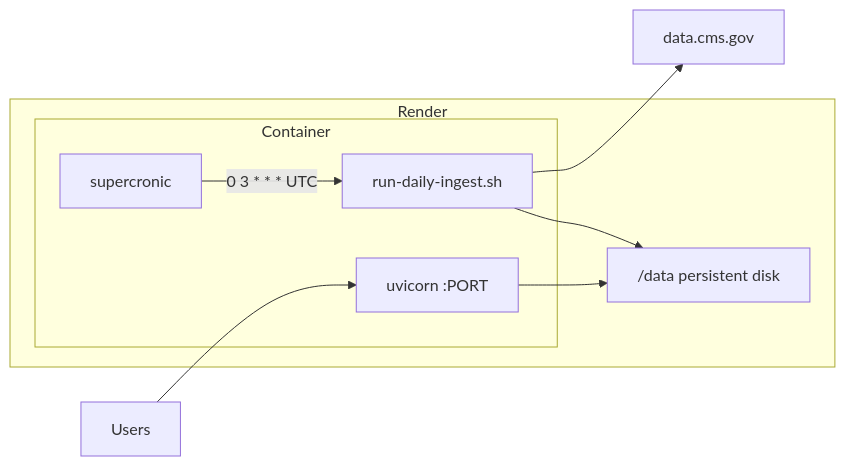
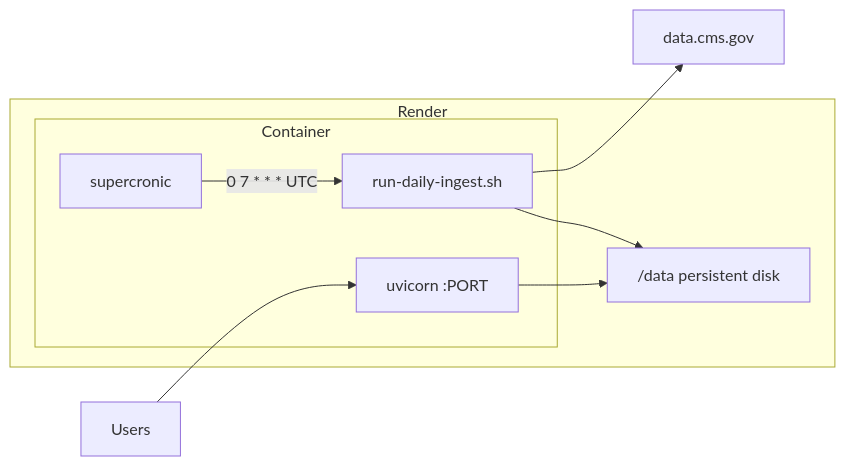
The fifth of 11 diagrams in docs/developer-guide.md (SreeCodes2021/Medicare-drug-cost-navigator), drawn with Mermaid before and after one commit. The commit also changed other lines of this file and 16 other files, not shown here.

````diff
--- a/docs/developer-guide.md
+++ b/docs/developer-guide.md
@@ -325,19 +325,19 @@
 ```mermaid
 flowchart LR
     subgraph Render
         subgraph Container
             SC[supercronic]
             UV[uvicorn :PORT]
             ING[run-daily-ingest.sh]
         end
         Disk["/data persistent disk"]
     end
     CMS[data.cms.gov]
     User[Users]
 
-    SC -->|0 3 * * * UTC| ING
+    SC -->|0 7 * * * UTC| ING
     ING --> CMS
     ING --> Disk
     UV --> Disk
     User --> UV
 ```
````
